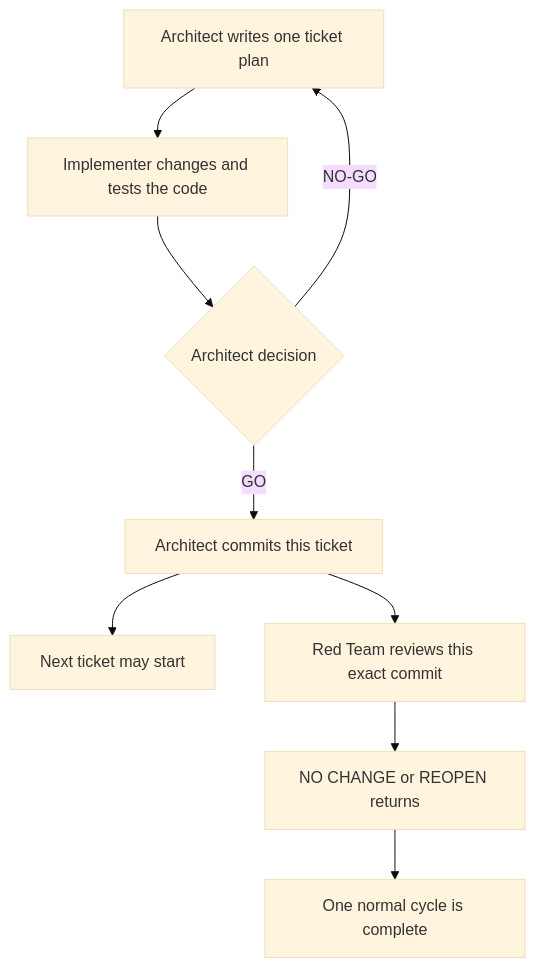
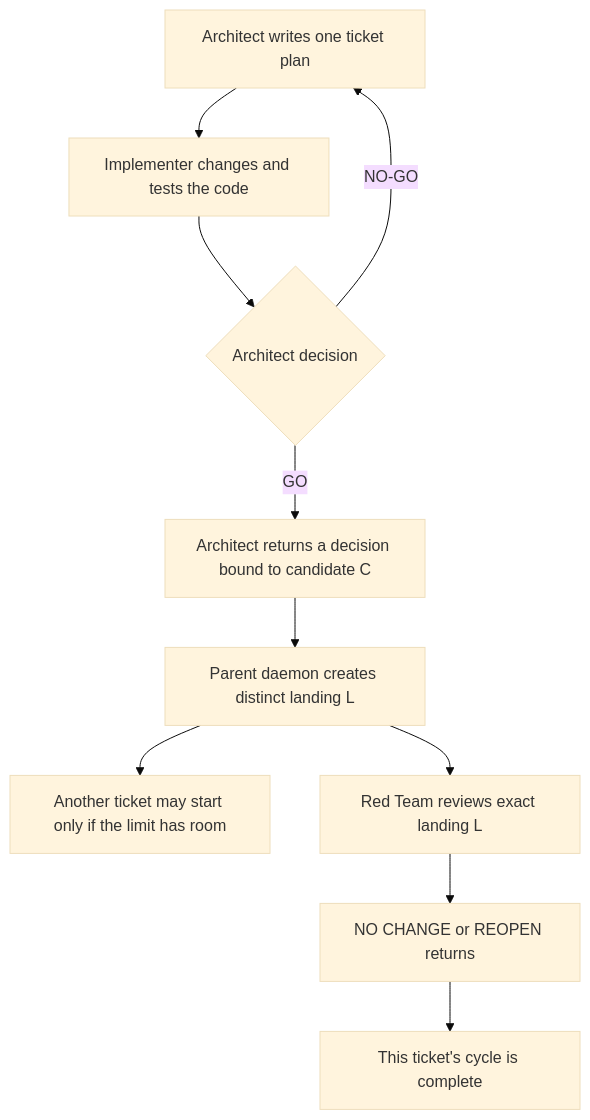
One commit to SBU-COSMOLIKE/emulators_code_v2 changed the diagram in ai/tools/README.md. Above: the diagram before and after it, drawn with Mermaid (base theme). The commit also changed other lines of this file and 31 other files, not shown here.

````diff
--- a/ai/tools/README.md
+++ b/ai/tools/README.md
@@ -1138,11 +1287,12 @@
 ```mermaid
 flowchart TD
   A["Architect writes one ticket plan"] --> I["Implementer changes and tests the code"]
   I --> D{"Architect decision"}
   D -->|"NO-GO"| A
-  D -->|"GO"| C["Architect commits this ticket"]
-  C --> N["Next ticket may start"]
-  C --> R["Red Team reviews this exact commit"]
+  D -->|"GO"| C["Architect returns a decision bound to candidate C"]
+  C --> L["Parent daemon creates distinct landing L"]
+  L --> N["Another ticket may start only if the limit has room"]
+  L --> R["Red Team reviews exact landing L"]
   R --> X["NO CHANGE or REOPEN returns"]
-  X --> Z["One normal cycle is complete"]
+  X --> Z["This ticket's cycle is complete"]
 ```
````
